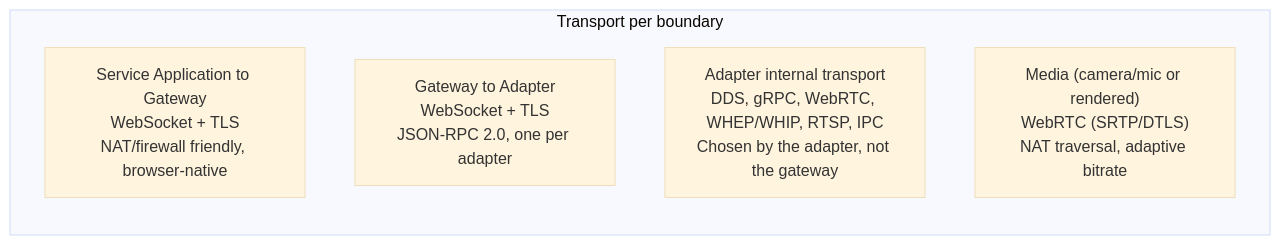
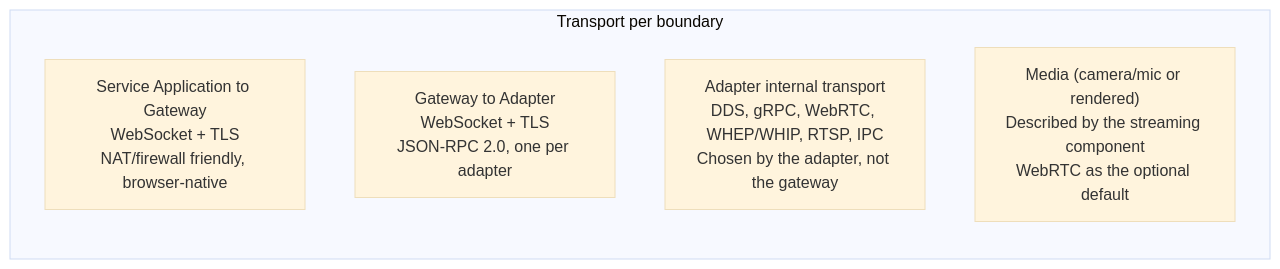
Diagram 14 of 18 in docs/white-paper.md (openrois/openrois), drawn with Mermaid (base theme) before and after one commit. The commit also changed other lines of this file and 3 other files, not shown here.

````diff
--- a/docs/white-paper.md
+++ b/docs/white-paper.md
@@ -1660,10 +1659,10 @@
 ```mermaid
 flowchart LR
     subgraph Boundaries["Transport per boundary"]
         direction TB
         B1["Service Application to Gateway<br/>WebSocket + TLS<br/>NAT/firewall friendly, browser-native"]
         B2["Gateway to Adapter<br/>WebSocket + TLS<br/>JSON-RPC 2.0, one per adapter"]
         B3["Adapter internal transport<br/>DDS, gRPC, WebRTC, WHEP/WHIP, RTSP, IPC<br/>Chosen by the adapter, not the gateway"]
-        B4["Media (camera/mic or rendered)<br/>WebRTC (SRTP/DTLS)<br/>NAT traversal, adaptive bitrate"]
+        B4["Media (camera/mic or rendered)<br/>Described by the streaming component<br/>WebRTC as the optional default"]
     end
 ```
````
